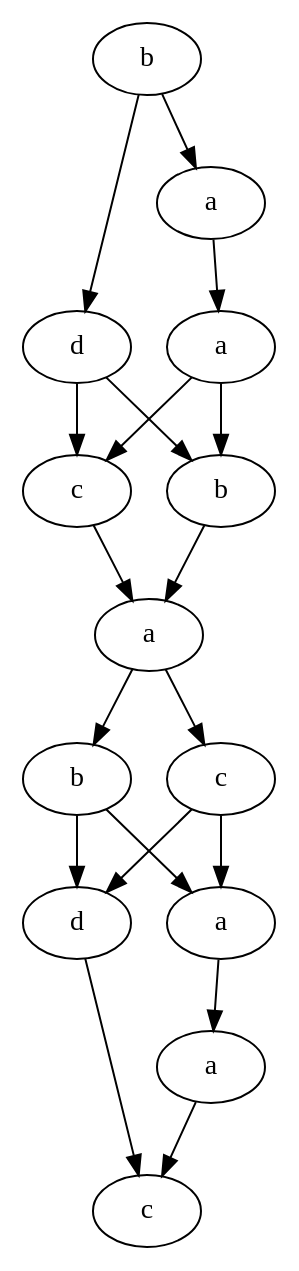
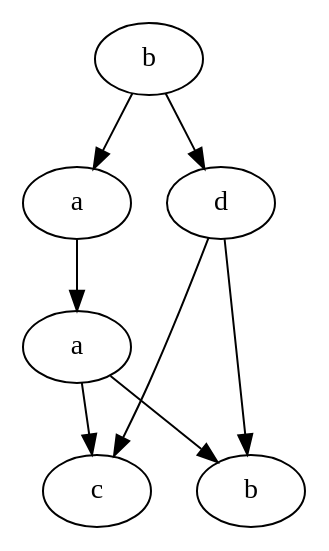
The diagram in output/graph_hasse.gv (Mielecki/Traces), drawn with Graphviz before and after one commit. The commit also changed 12 other files, not shown here.

```diff
--- a/output/graph_hasse.gv
+++ b/output/graph_hasse.gv
@@ -1,33 +1,15 @@
 digraph graphname {
-b2 [label="b"]
-c1 [label="c"]
-a3 [label="a"]
-c2 [label="c"]
-d1 [label="d"]
 d0 [label="d"]
-a4 [label="a"]
-a1 [label="a"]
 c0 [label="c"]
-a2 [label="a"]
-a0 [label="a"]
 b1 [label="b"]
 b0 [label="b"]
-a0 -> a1;
-b1 -> a2;
+a0 [label="a"]
+a1 [label="a"]
+a1 -> c0;
+a1 -> b1;
+d0 -> c0;
+d0 -> b1;
 b0 -> a0;
 b0 -> d0;
-a1 -> c0;
-a1 -> b1;
-c0 -> a2;
-a2 -> b2;
-a2 -> c1;
-d1 -> c2;
-d0 -> c0;
-d0 -> b1;
-a4 -> c2;
-b2 -> a3;
-b2 -> d1;
-c1 -> a3;
-c1 -> d1;
-a3 -> a4;
+a0 -> a1;
 }
```
